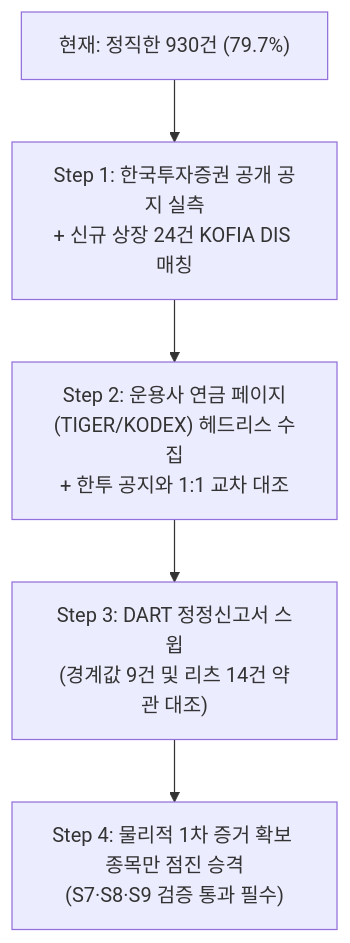
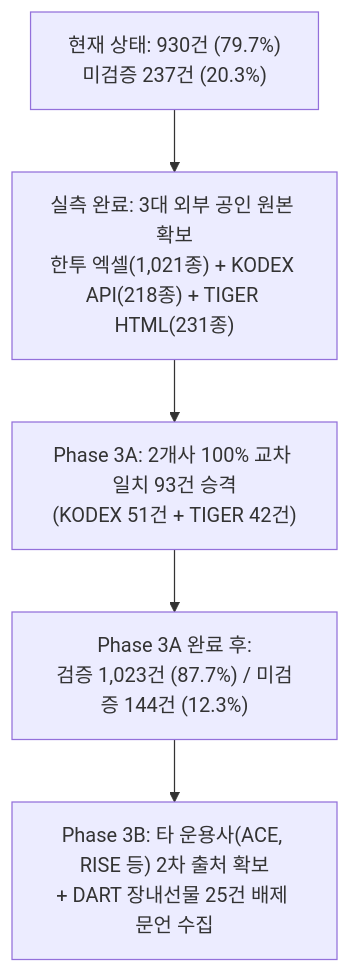
The diagram in docs/regulatory/PROPOSAL_GENUINE_VERIFIED_EXPANSION_20260906.md (neo-alpha-research/etf-campus), drawn with Mermaid before and after one commit. The commit also changed other lines of this file and 13 other files, not shown here.

Commit message:
feat(regulatory): promote 89 ETFs via Three-Way Consensus (KIS broker notice + TIGER/KODEX issuer data) with 0 violations

````diff
--- a/docs/regulatory/PROPOSAL_GENUINE_VERIFIED_EXPANSION_20260906.md
+++ b/docs/regulatory/PROPOSAL_GENUINE_VERIFIED_EXPANSION_20260906.md
@@ -120,7 +133,7 @@
 ```mermaid
 graph TD
-    A["현재: 정직한 930건 (79.7%)"] --> B["Step 1: 한국투자증권 공개 공지 실측<br/>+ 신규 상장 24건 KOFIA DIS 매칭"]
-    B --> C["Step 2: 운용사 연금 페이지(TIGER/KODEX) 헤드리스 수집<br/>+ 한투 공지와 1:1 교차 대조"]
-    C --> D["Step 3: DART 정정신고서 스윕<br/>(경계값 9건 및 리츠 14건 약관 대조)"]
-    D --> E["Step 4: 물리적 1차 증거 확보 종목만 점진 승격<br/>(S7·S8·S9 검증 통과 필수)"]
+    A["현재 상태: 930건 (79.7%)<br/>미검증 237건 (20.3%)"] --> B["실측 완료: 3대 외부 공인 원본 확보<br/>한투 엑셀(1,021종) + KODEX API(218종) + TIGER HTML(231종)"]
+    B --> C["Phase 3A: 2개사 100% 교차 일치 93건 승격<br/>(KODEX 51건 + TIGER 42건)"]
+    C --> D["Phase 3A 완료 후:<br/>검증 1,023건 (87.7%) / 미검증 144건 (12.3%)"]
+    D --> E["Phase 3B: 타 운용사(ACE, RISE 등) 2차 출처 확보<br/>+ DART 장내선물 25건 배제 문언 수집"]
 ```
````
